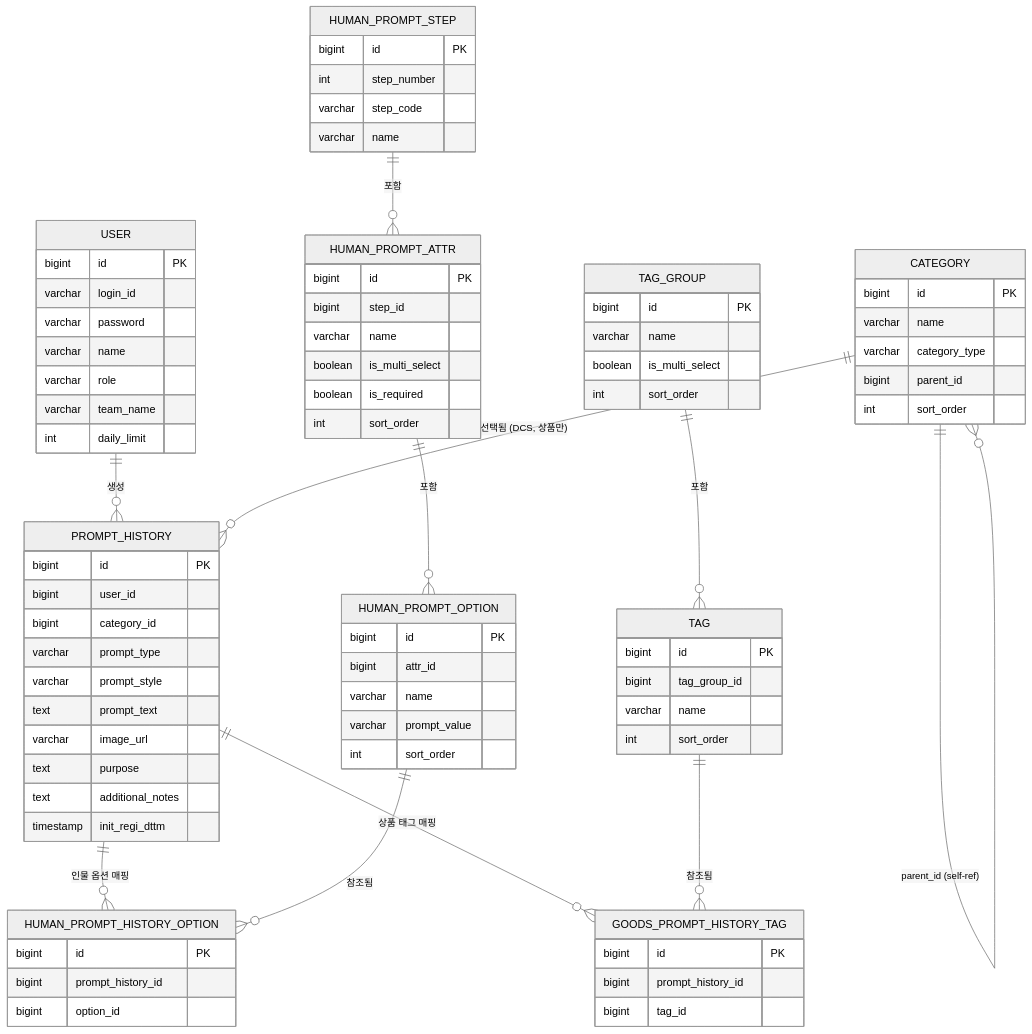
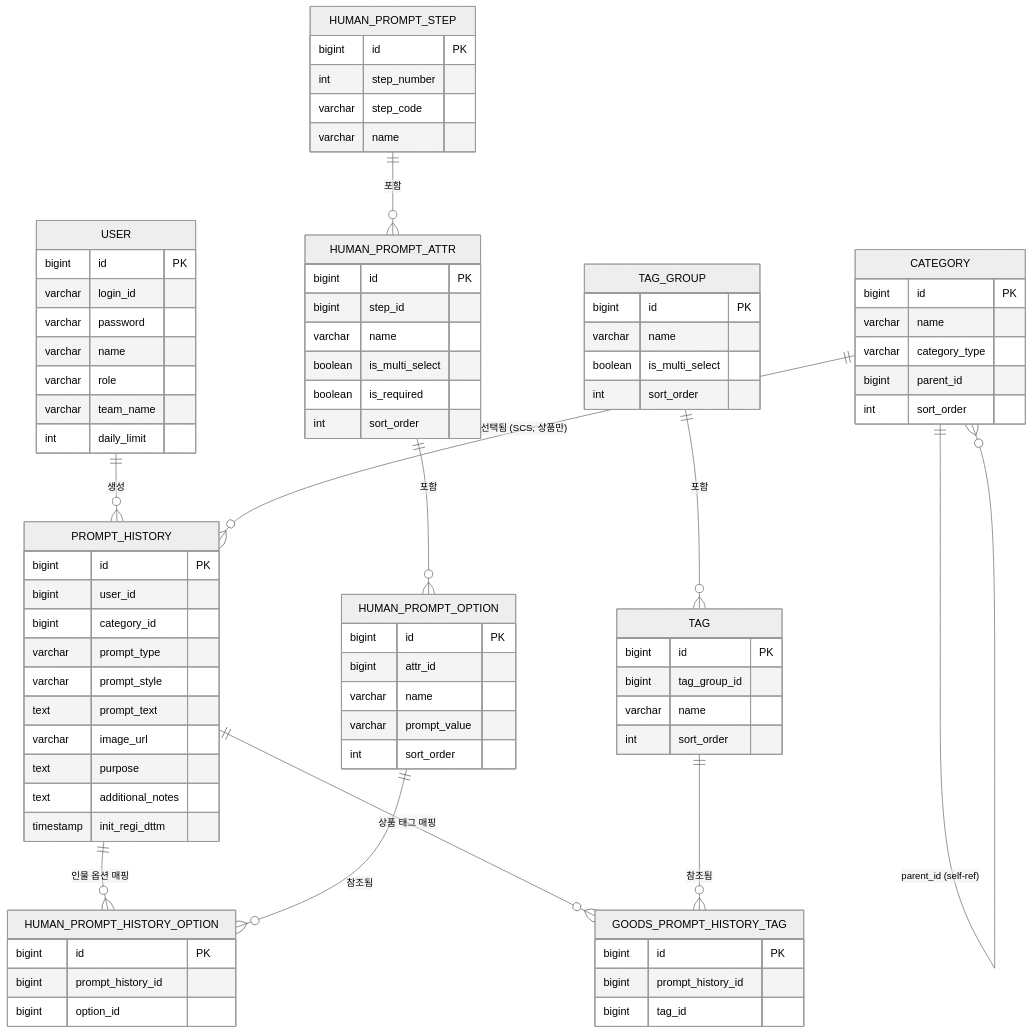
The diagram in docs/erd.md (fwangjuwon/creative-studio-bo), drawn with Mermaid (neutral theme) before and after one commit. The commit also changed other lines of this file and 22 other files, not shown here.

```diff
--- a/docs/erd.md
+++ b/docs/erd.md
@@ -260,7 +259,7 @@
     }
 
     USER ||--o{ PROMPT_HISTORY : "생성"
-    CATEGORY ||--o{ PROMPT_HISTORY : "선택됨 (DCS, 상품만)"
+    CATEGORY ||--o{ PROMPT_HISTORY : "선택됨 (SCS, 상품만)"
     CATEGORY ||--o{ CATEGORY : "parent_id (self-ref)"
     TAG_GROUP ||--o{ TAG : "포함"
     PROMPT_HISTORY ||--o{ GOODS_PROMPT_HISTORY_TAG : "상품 태그 매핑"
```
